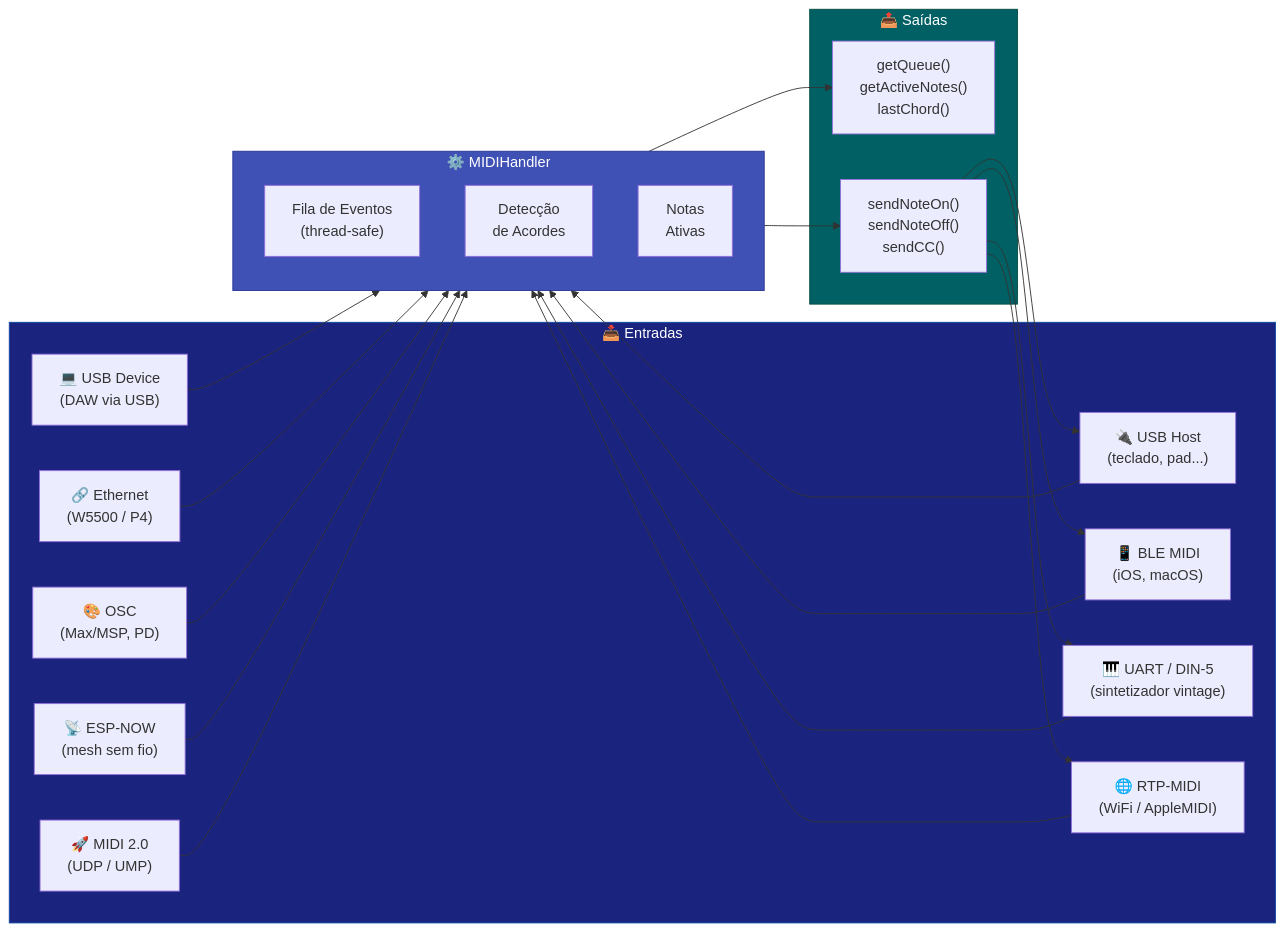
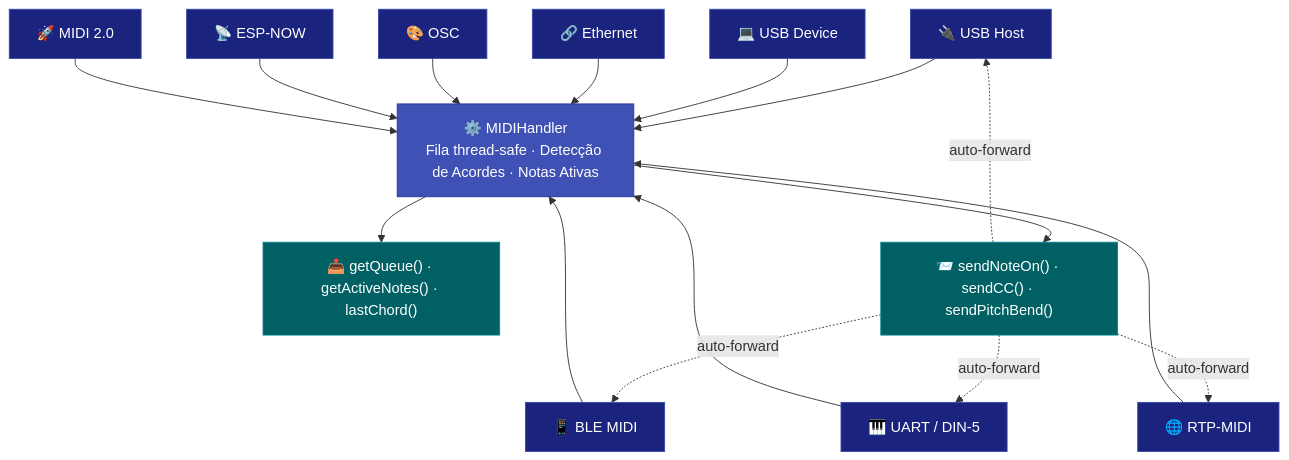
The diagram in docs/index.md (sauloverissimo/ESP32_Host_MIDI), drawn with Mermaid before and after one commit. The commit also changed 1 other file, not shown here.

Commit message:
Fix Mermaid diagrams: change LR to TD for better readability
- index.md: rewrite flowchart LR (9 stacked nodes) to TD with 3×3 grid
  layout — each transport node now has enough horizontal space to render text
- roadmap.md: split single 13-node LR subgraph into two TD subgraphs
  (Transportes + Funcionalidades) with direction LR inside each for grid layout

````diff
--- a/docs/index.md
+++ b/docs/index.md
@@ -11,46 +11,29 @@
 ```mermaid
-flowchart LR
-    subgraph ENTRADAS["📥 Entradas"]
-        USB["🔌 USB Host\n(teclado, pad...)"]
-        BLE["📱 BLE MIDI\n(iOS, macOS)"]
-        USBDEV["💻 USB Device\n(DAW via USB)"]
-        UART["🎹 UART / DIN-5\n(sintetizador vintage)"]
-        RTP["🌐 RTP-MIDI\n(WiFi / AppleMIDI)"]
-        ETH["🔗 Ethernet\n(W5500 / P4)"]
-        OSC["🎨 OSC\n(Max/MSP, PD)"]
-        ESPNOW["📡 ESP-NOW\n(mesh sem fio)"]
-        MIDI2["🚀 MIDI 2.0\n(UDP / UMP)"]
-    end
+flowchart TD
+    classDef transport fill:#1A237E,color:#fff,stroke:#3949AB
+    classDef handler  fill:#3F51B5,color:#fff,stroke:#283593
+    classDef output   fill:#006064,color:#fff,stroke:#00838F
 
-    subgraph HANDLER["⚙️ MIDIHandler"]
-        QUEUE["Fila de Eventos\n(thread-safe)"]
-        CHORD["Detecção\nde Acordes"]
-        ACTIVE["Notas\nAtivas"]
-    end
+    USB["🔌 USB Host"]:::transport
+    BLE["📱 BLE MIDI"]:::transport
+    DEV["💻 USB Device"]:::transport
+    UART["🎹 UART / DIN-5"]:::transport
+    RTP["🌐 RTP-MIDI"]:::transport
+    ETH["🔗 Ethernet"]:::transport
+    OSC["🎨 OSC"]:::transport
+    NOW["📡 ESP-NOW"]:::transport
+    M2["🚀 MIDI 2.0"]:::transport
 
-    subgraph SAIDAS["📤 Saídas"]
-        API["getQueue()\ngetActiveNotes()\nlastChord()"]
-        SEND["sendNoteOn()\nsendNoteOff()\nsendCC()"]
-    end
+    HANDLER["⚙️ MIDIHandler\nFila thread-safe · Detecção de Acordes · Notas Ativas"]:::handler
 
-    USB --> HANDLER
-    BLE --> HANDLER
-    USBDEV --> HANDLER
-    UART --> HANDLER
-    RTP --> HANDLER
-    ETH --> HANDLER
-    OSC --> HANDLER
-    ESPNOW --> HANDLER
-    MIDI2 --> HANDLER
+    GET["📤 getQueue() · getActiveNotes() · lastChord()"]:::output
+    SEND["📨 sendNoteOn() · sendCC() · sendPitchBend()"]:::output
 
-    HANDLER --> API
+    USB  & BLE  & DEV  --> HANDLER
+    UART & RTP  & ETH  --> HANDLER
+    OSC  & NOW  & M2   --> HANDLER
+
+    HANDLER --> GET
     HANDLER --> SEND
-    SEND --> USB
-    SEND --> BLE
-    SEND --> UART
-    SEND --> RTP
-
-    style HANDLER fill:#3F51B5,color:#fff,stroke:#283593
-    style ENTRADAS fill:#1A237E,color:#fff,stroke:#0D47A1
-    style SAIDAS fill:#006064,color:#fff,stroke:#004D40
+    SEND -.->|auto-forward| USB & BLE & UART & RTP
 ```
````
